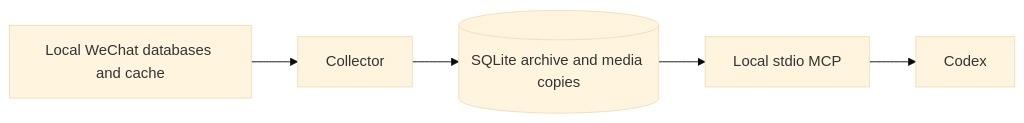
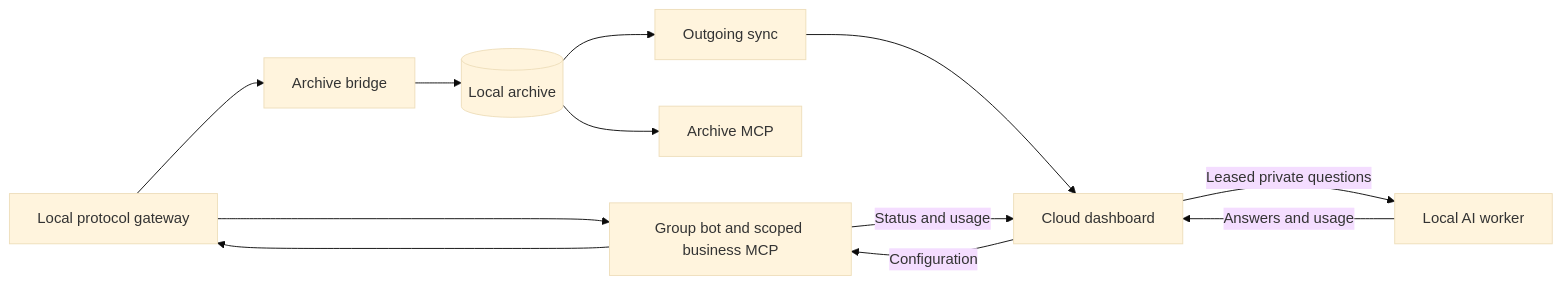
One commit to RethinkCraft/WeKeeper changed the diagram in README.md. Above: the diagram before and after it, drawn with Mermaid (base theme). The commit also changed other lines of this file and 255 other files, not shown here.

````diff
--- a/README.md
+++ b/README.md
@@ -38,7 +26,14 @@
 ```mermaid
 flowchart LR
-    W[Local WeChat databases and cache] --> C[Collector]
-    C --> A[(SQLite archive and media copies)]
-    A --> M[Local stdio MCP]
-    M --> X[Codex]
+    G[Local protocol gateway] --> B[Group bot and scoped business MCP]
+    B --> G
+    G --> P[Archive bridge]
+    P --> A[(Local archive)]
+    A --> M[Archive MCP]
+    A --> S[Outgoing sync]
+    S --> D[Cloud dashboard]
+    D -->|Leased private questions| Q[Local AI worker]
+    Q -->|Answers and usage| D
+    D -->|Configuration| B
+    B -->|Status and usage| D
 ```
````
